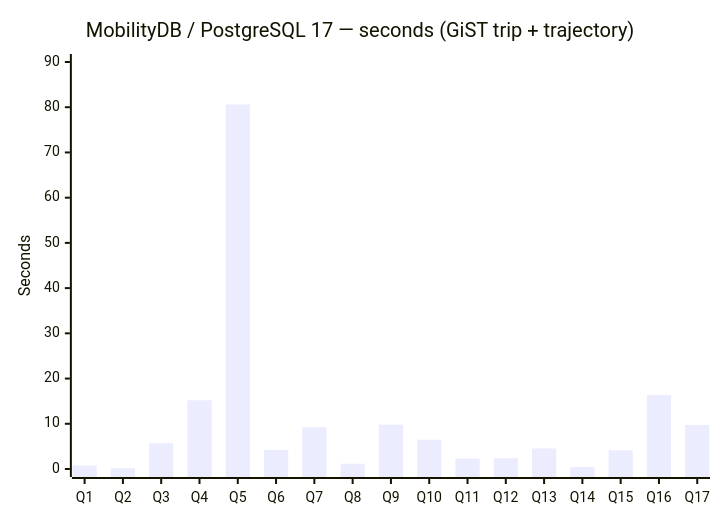
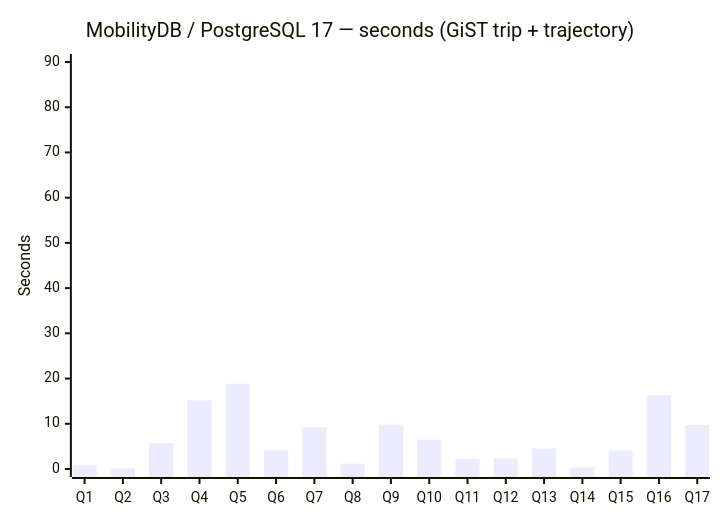
One commit to MobilityDB/MobilityDB-BerlinMOD changed the first of 2 diagrams in BerlinMOD/benchmarks/CrossPlatform_timings_2026-05-11.md. Above: the diagram before and after it, drawn with Mermaid. The commit also changed other lines of this file and 5 other files, not shown here.

````diff
--- a/BerlinMOD/benchmarks/CrossPlatform_timings_2026-05-11.md
+++ b/BerlinMOD/benchmarks/CrossPlatform_timings_2026-05-11.md
@@ -24,7 +41,7 @@
 ```mermaid
 xychart-beta
     title "MobilityDB / PostgreSQL 17 — seconds (GiST trip + trajectory)"
     x-axis ["Q1","Q2","Q3","Q4","Q5","Q6","Q7","Q8","Q9","Q10","Q11","Q12","Q13","Q14","Q15","Q16","Q17"]
     y-axis "Seconds" 0 --> 90
-    bar [0.78, 0.15, 5.70, 15.19, 80.61, 4.23, 9.24, 1.18, 9.81, 6.46, 2.31, 2.37, 4.55, 0.44, 4.13, 16.35, 9.74]
+    bar [0.78, 0.15, 5.70, 15.19, 18.86, 4.23, 9.24, 1.18, 9.81, 6.46, 2.31, 2.37, 4.55, 0.44, 4.13, 16.35, 9.74]
 ```
````
